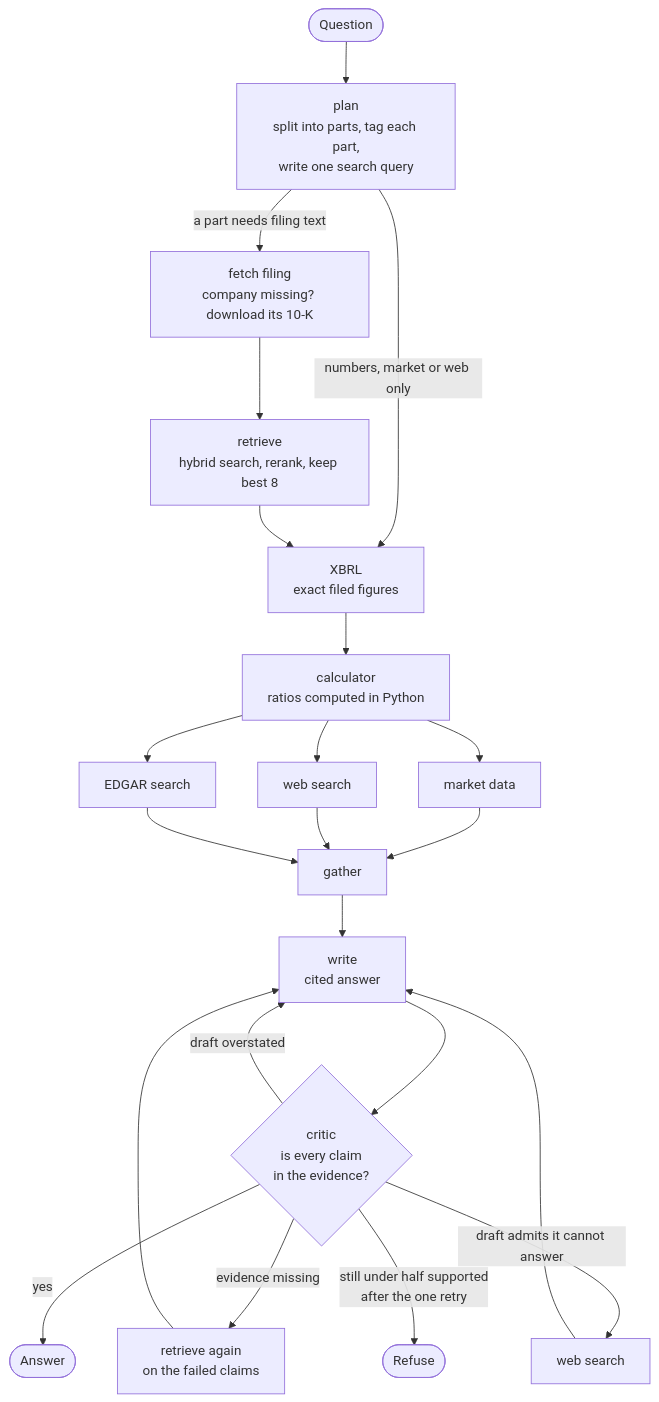
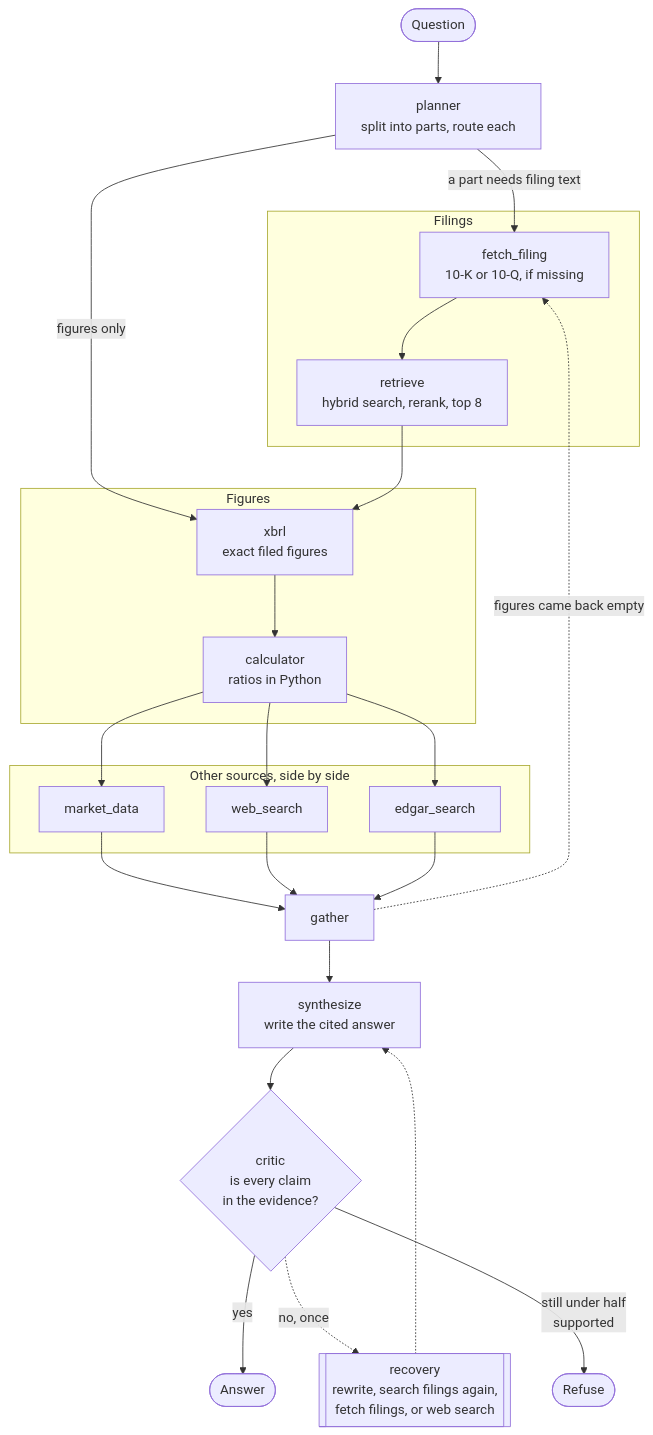
Before and after one commit to sarthakg004/Bharat-Fin-Agent: the first of 2 diagrams in README.md, drawn with Mermaid. The commit also changed other lines of this file, not shown here.

First line of the commit message:
docs: README matches the current code; a complete but cleaner flow diagram

````diff
--- a/README.md
+++ b/README.md
@@ -26,22 +26,31 @@
 ```mermaid
 flowchart TD
-    Q([Question]) --> P[plan<br/>split into parts, tag each part,<br/>write one search query]
-    P -->|a part needs filing text| F[fetch filing<br/>company missing? download its 10-K]
-    F --> R[retrieve<br/>hybrid search, rerank, keep best 8]
-    P -->|numbers, market or web only| X
-    R --> X[XBRL<br/>exact filed figures]
-    X --> C[calculator<br/>ratios computed in Python]
-    C --> M[market data]
-    C --> W[web search]
-    C --> E[EDGAR search]
-    M --> G[gather]
-    W --> G
-    E --> G
-    G --> S[write<br/>cited answer]
+    Q([Question]) --> P[planner<br/>split into parts, route each]
+    P -->|a part needs filing text| FF
+    P -->|figures only| X
+
+    subgraph filings [Filings]
+        FF[fetch_filing<br/>10-K or 10-Q, if missing] --> R[retrieve<br/>hybrid search, rerank, top 8]
+    end
+
+    subgraph figures [Figures]
+        X[xbrl<br/>exact filed figures] --> C[calculator<br/>ratios in Python]
+    end
+
+    subgraph sources [Other sources, side by side]
+        M[market_data]
+        WS[web_search]
+        E[edgar_search]
+    end
+
+    R --> X
+    C --> M & WS & E
+    M & WS & E --> G[gather]
+    G -.->|figures came back empty| FF
+    G --> S[synthesize<br/>write the cited answer]
     S --> K{critic<br/>is every claim<br/>in the evidence?}
     K -->|yes| A([Answer])
-    K -->|draft overstated| S
-    K -->|evidence missing| R2[retrieve again<br/>on the failed claims] --> S
-    K -->|draft admits it cannot answer| W2[web search] --> S
-    K -->|still under half supported<br/>after the one retry| X2([Refuse])
+    K -.->|no, once| REC[[recovery<br/>rewrite, search filings again,<br/>fetch filings, or web search]]
+    REC -.-> S
+    K -->|still under half<br/>supported| RF([Refuse])
 ```
````
